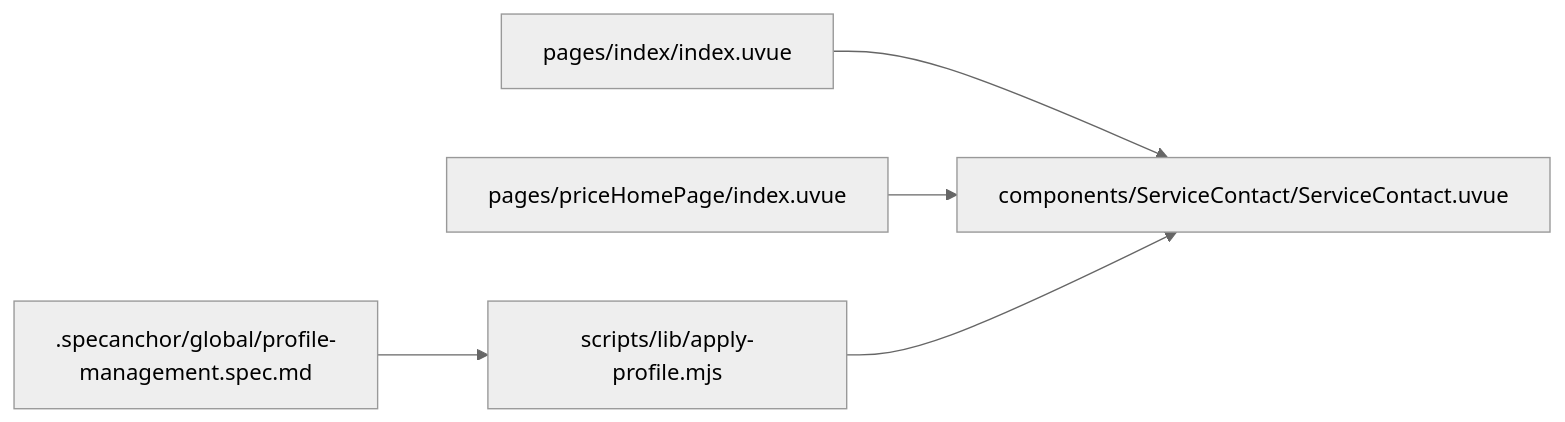
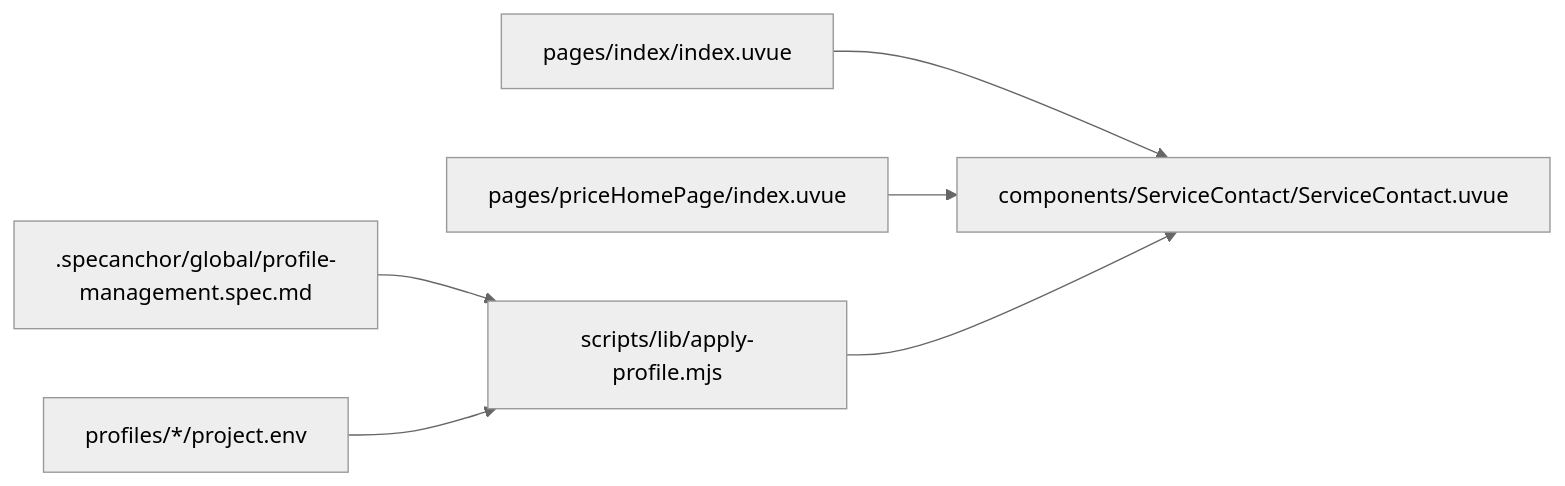
One commit to crazyma99/blueberry changed the sixth of 6 diagrams in .qoder/repowiki/zh/content/UI组件系统/ServiceContact组件.md. Above: the diagram before and after it, drawn with Mermaid (neutral theme). The commit also changed other lines of this file and 11 other files, not shown here.

````diff
--- a/.qoder/repowiki/zh/content/UI组件系统/ServiceContact组件.md
+++ b/.qoder/repowiki/zh/content/UI组件系统/ServiceContact组件.md
@@ -199,7 +231,8 @@
 ```mermaid
 graph LR
 P1["pages/index/index.uvue"] --> C["components/ServiceContact/ServiceContact.uvue"]
 P2["pages/priceHomePage/index.uvue"] --> C
 S["scripts/lib/apply-profile.mjs"] --> C
 N[".specanchor/global/profile-management.spec.md"] --> S
+ENV["profiles/*/project.env"] --> S
 ```
````
